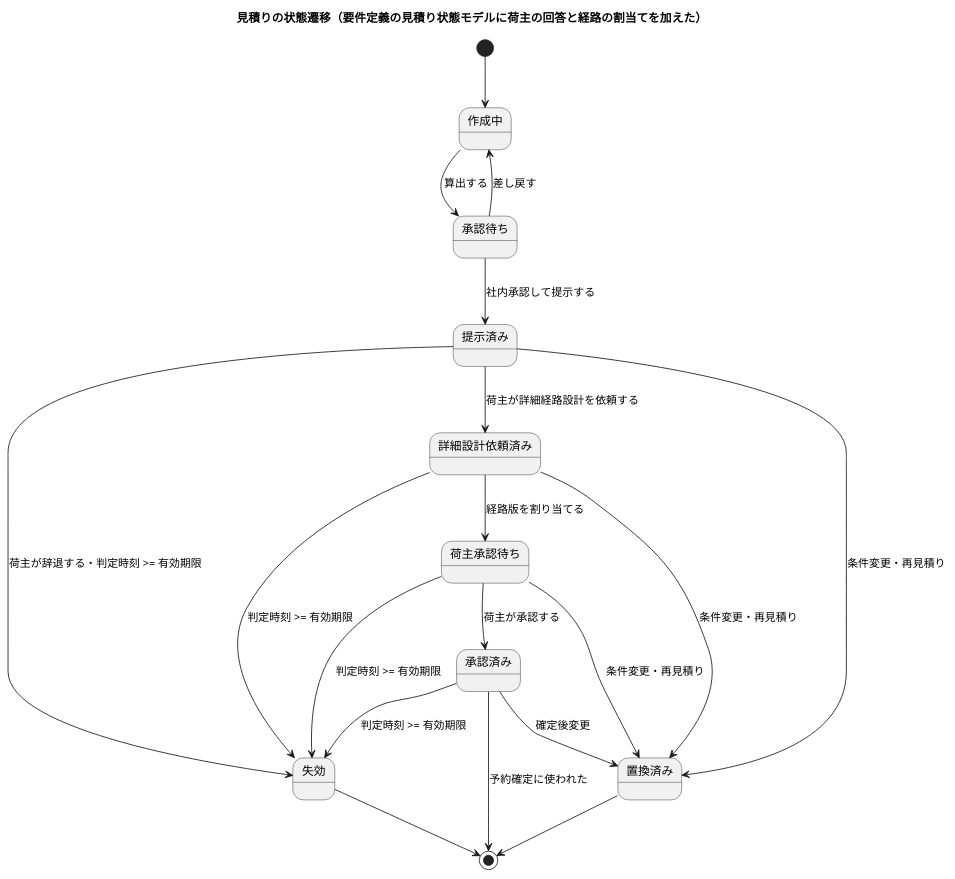
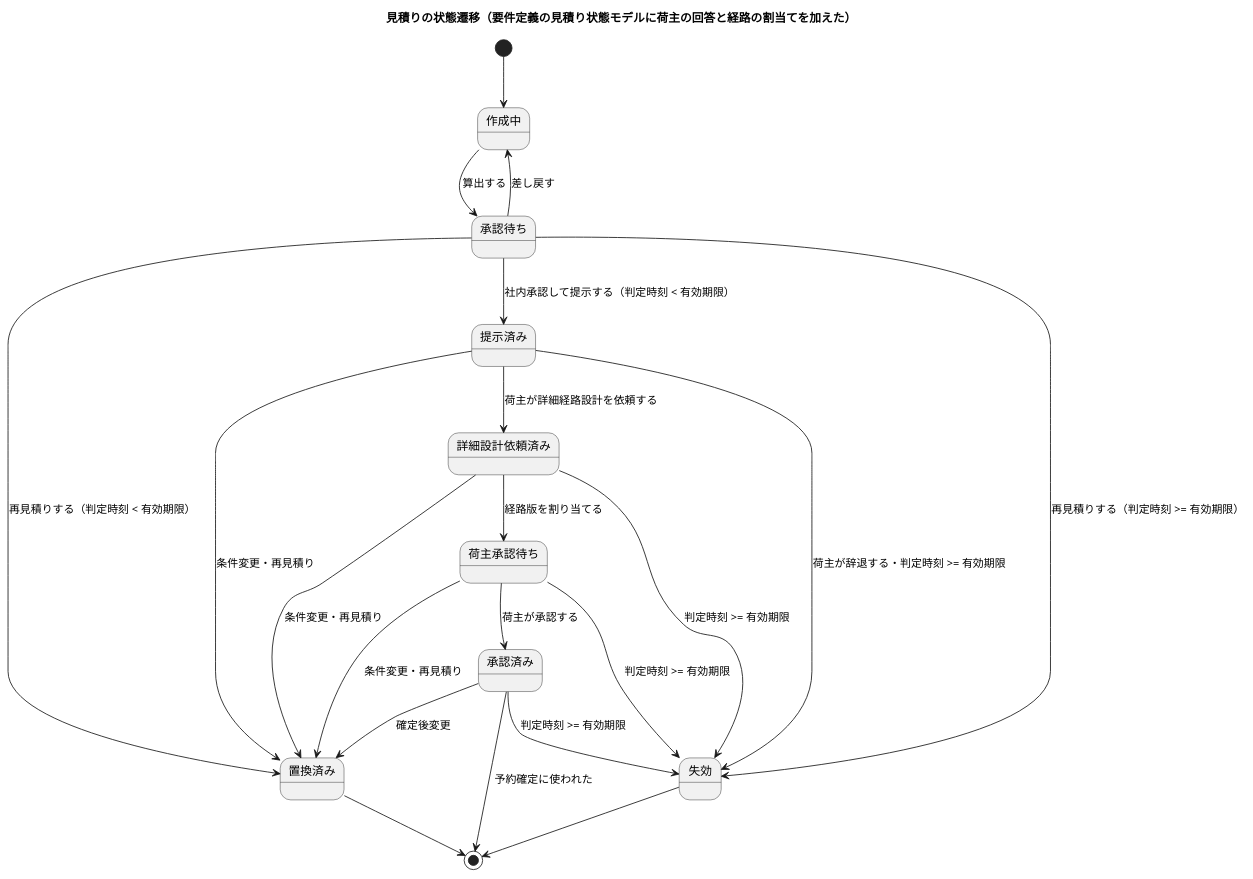
Before and after one commit to k2works/practical-domain-driven-design-in-enterpris-application: the fifth of 15 diagrams in docs/design/cargo-tracker/domain_model.md, drawn with PlantUML. The commit also changed other lines of this file and 5 other files, not shown here.

````diff
--- a/docs/design/cargo-tracker/domain_model.md
+++ b/docs/design/cargo-tracker/domain_model.md
@@ -365,23 +366,25 @@
 ```plantuml
 @startuml
 title 見積りの状態遷移（要件定義の見積り状態モデルに荷主の回答と経路の割当てを加えた）
 [*] --> 作成中
 作成中 --> 承認待ち : 算出する
-承認待ち --> 提示済み : 社内承認して提示する
+承認待ち --> 提示済み : 社内承認して提示する（判定時刻 < 有効期限）
 承認待ち --> 作成中 : 差し戻す
+承認待ち --> 置換済み : 再見積りする（判定時刻 < 有効期限）
+承認待ち --> 失効 : 再見積りする（判定時刻 >= 有効期限）
 提示済み --> 詳細設計依頼済み : 荷主が詳細経路設計を依頼する
 詳細設計依頼済み --> 荷主承認待ち : 経路版を割り当てる
 荷主承認待ち --> 承認済み : 荷主が承認する
 提示済み --> 失効 : 荷主が辞退する・判定時刻 >= 有効期限
 詳細設計依頼済み --> 失効 : 判定時刻 >= 有効期限
 荷主承認待ち --> 失効 : 判定時刻 >= 有効期限
 承認済み --> 失効 : 判定時刻 >= 有効期限
 提示済み --> 置換済み : 条件変更・再見積り
 詳細設計依頼済み --> 置換済み : 条件変更・再見積り
 荷主承認待ち --> 置換済み : 条件変更・再見積り
 承認済み --> 置換済み : 確定後変更
 失効 --> [*]
 置換済み --> [*]
 承認済み --> [*] : 予約確定に使われた
 @enduml
 ```
````
